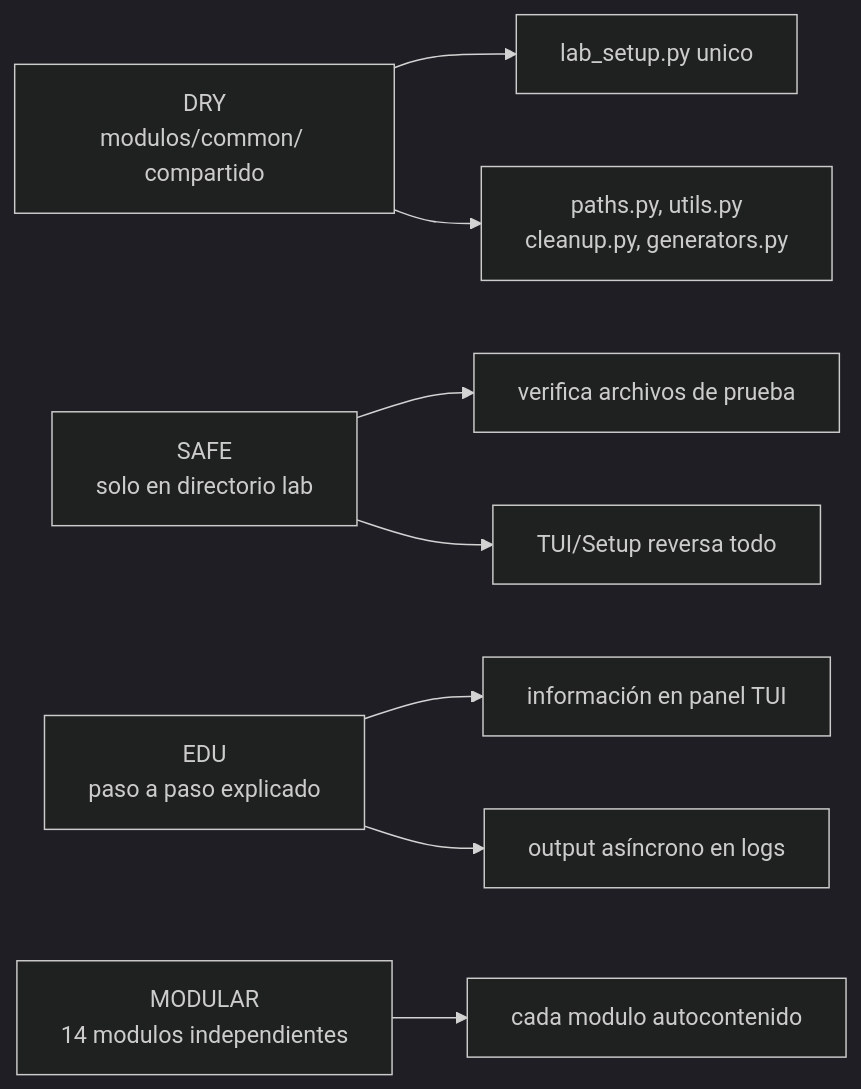
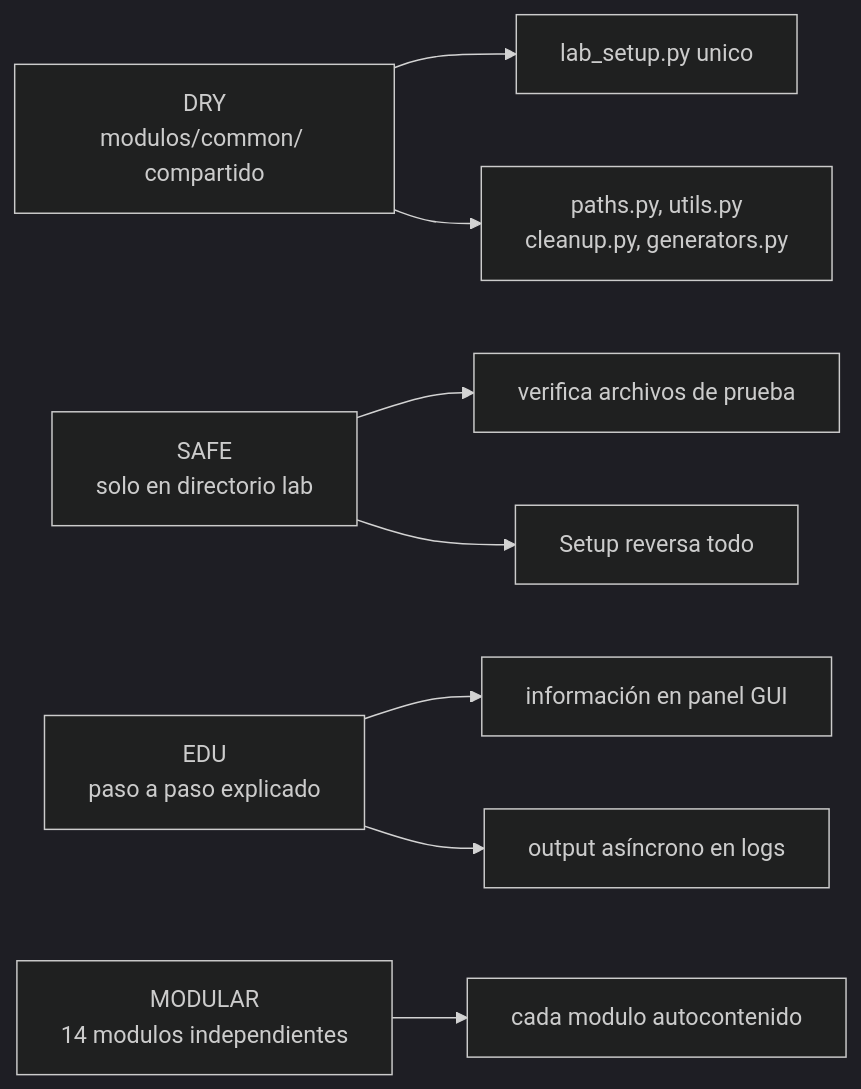
One commit to dozelix/easml-framework changed the third of 3 diagrams in README.md. Above: the diagram before and after it, drawn with Mermaid (dark theme). The commit also changed other lines of this file and 2 other files, not shown here.

First line of the commit message:
docs: actualiza requisitos, documentación y elimina referencias TUI legacy

````diff
--- a/README.md
+++ b/README.md
@@ -135,16 +135,16 @@
 ```mermaid
 flowchart LR
     DRY["DRY<br/>modulos/common/ compartido"]
     SAFE["SAFE<br/>solo en directorio lab"]
     EDU["EDU<br/>paso a paso explicado"]
     MOD["MODULAR<br/>14 modulos independientes"]
 
     DRY --> SETUP["lab_setup.py unico"]
     DRY --> COMMON["paths.py, utils.py<br/>cleanup.py, generators.py"]
     SAFE --> CHECK["verifica archivos de prueba"]
-    SAFE --> CLEAN["TUI/Setup reversa todo"]
-    EDU --> BANNER["información en panel TUI"]
+    SAFE --> CLEAN["Setup reversa todo"]
+    EDU --> BANNER["información en panel GUI"]
     EDU --> STEP["output asíncrono en logs"]
     MOD --> ISOLATE["cada modulo autocontenido"]
 
 ```
````
